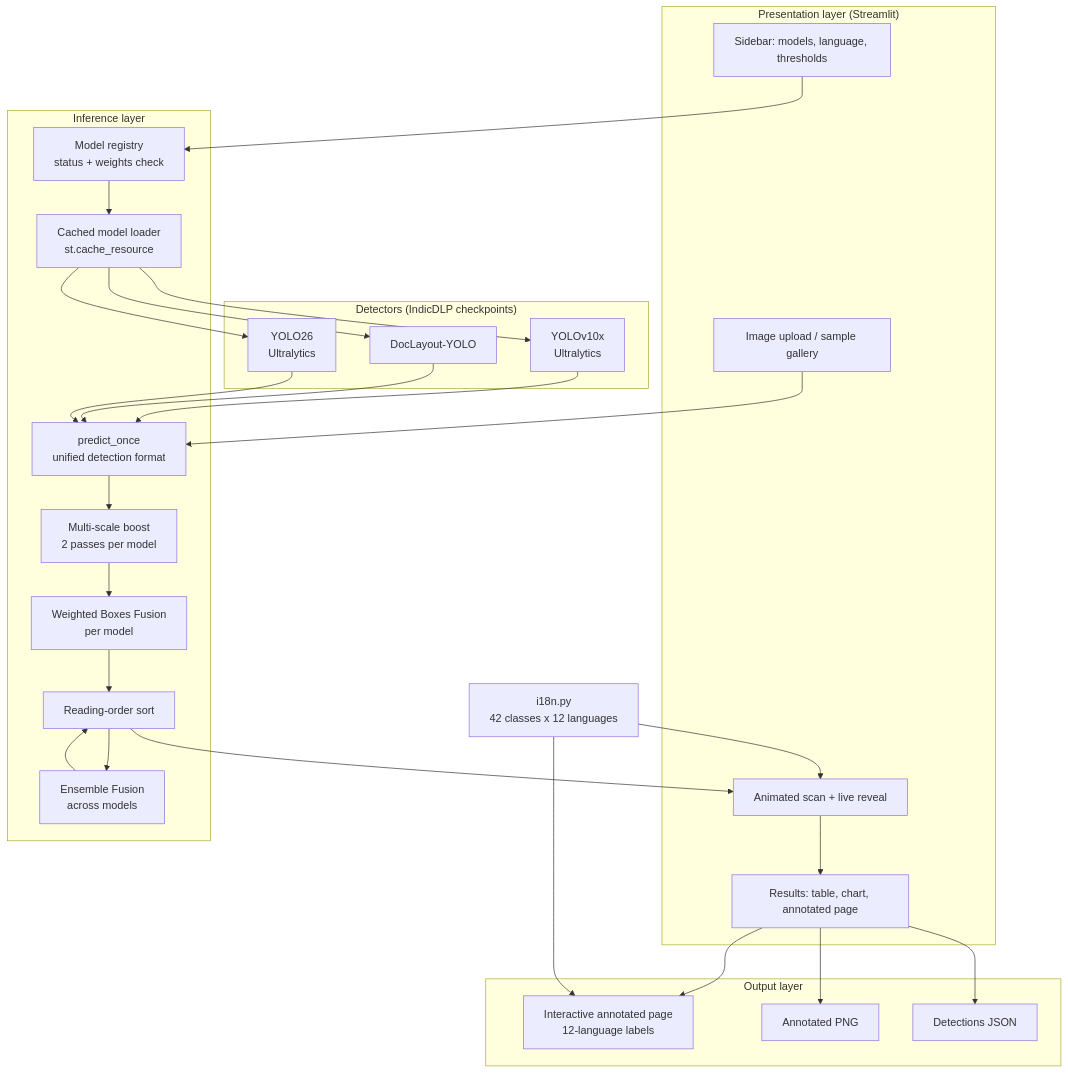
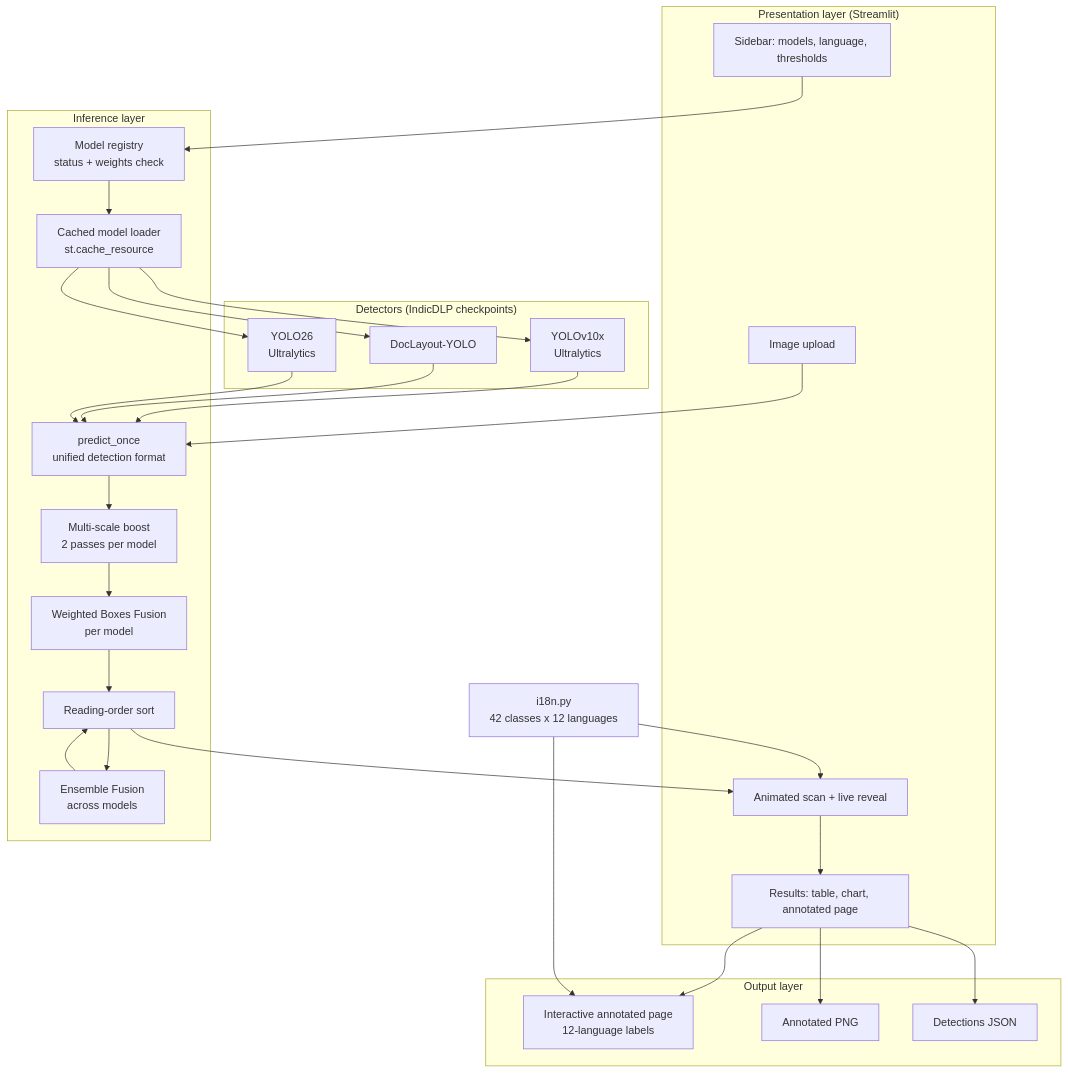
One commit to RajdipDhar2007/IndicDLP-Live-Layout-Studio changed the third of 6 diagrams in README.md. Above: the diagram before and after it, drawn with Mermaid. The commit also changed other lines of this file and 11 other files, not shown here.

Commit message:
Remove sample gallery, sample images and assets; drop qualitative results from README

````diff
--- a/README.md
+++ b/README.md
@@ -175,51 +172,51 @@
 ```mermaid
 flowchart TB
     subgraph UI["Presentation layer (Streamlit)"]
-        U1["Image upload / sample gallery"]
+        U1["Image upload"]
         U2["Sidebar: models, language, thresholds"]
         U3["Animated scan + live reveal"]
         U4["Results: table, chart, annotated page"]
     end
 
     subgraph CORE["Inference layer"]
         R["Model registry<br/>status + weights check"]
         L["Cached model loader<br/>st.cache_resource"]
         P["predict_once<br/>unified detection format"]
         MS["Multi-scale boost<br/>2 passes per model"]
         F1["Weighted Boxes Fusion<br/>per model"]
         F2["Ensemble Fusion<br/>across models"]
         RO["Reading-order sort"]
     end
 
     subgraph MODELS["Detectors (IndicDLP checkpoints)"]
         M1["YOLOv10x<br/>Ultralytics"]
         M2["DocLayout-YOLO"]
         M3["YOLO26<br/>Ultralytics"]
     end
 
     subgraph OUT["Output layer"]
         O1["Interactive annotated page<br/>12-language labels"]
         O2["Annotated PNG"]
         O3["Detections JSON"]
     end
 
     I18["i18n.py<br/>42 classes x 12 languages"]
 
     U1 --> P
     U2 --> R
     R --> L
     L --> M1
     L --> M2
     L --> M3
     M1 --> P
     M2 --> P
     M3 --> P
     P --> MS --> F1 --> RO --> U3
     RO --> F2 --> RO
     U3 --> U4
     U4 --> O1
     U4 --> O2
     U4 --> O3
     I18 --> O1
     I18 --> U3
 ```
````
